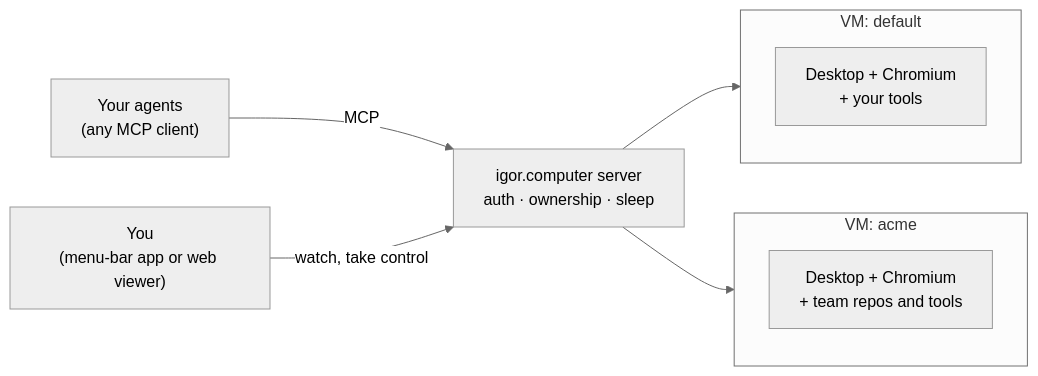
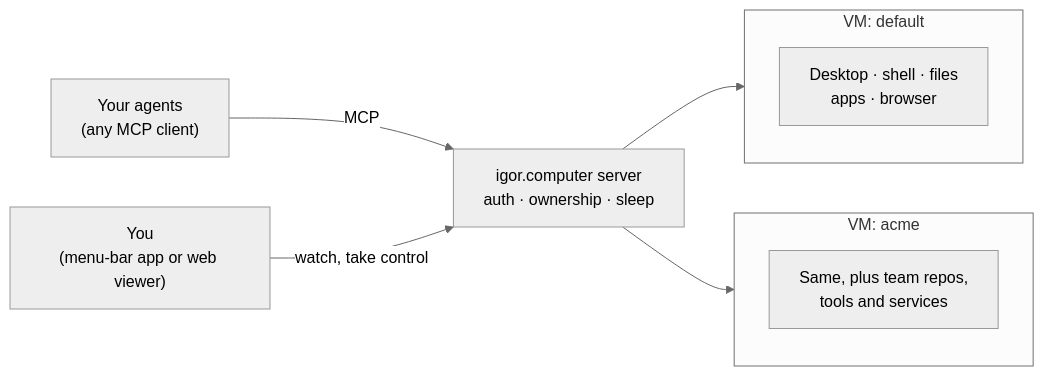
The diagram in README.md (DaniGuardiola/igor.computer), drawn with Mermaid (neutral theme) before and after one commit. The commit also changed other lines of this file and 1 other file, not shown here.

````diff
--- a/README.md
+++ b/README.md
@@ -110,13 +124,13 @@
 ```mermaid
 flowchart LR
   A["Your agents<br/>(any MCP client)"] -->|MCP| S
   Y["You<br/>(menu-bar app or web viewer)"] -->|watch, take control| S
   S["igor.computer server<br/>auth · ownership · sleep"] --> V1
   S --> V2
   subgraph V1["VM: default"]
-    C1["Desktop + Chromium<br/>+ your tools"]
+    C1["Desktop · shell · files<br/>apps · browser"]
   end
   subgraph V2["VM: acme"]
-    C2["Desktop + Chromium<br/>+ team repos and tools"]
+    C2["Same, plus team repos,<br/>tools and services"]
   end
 ```
````
